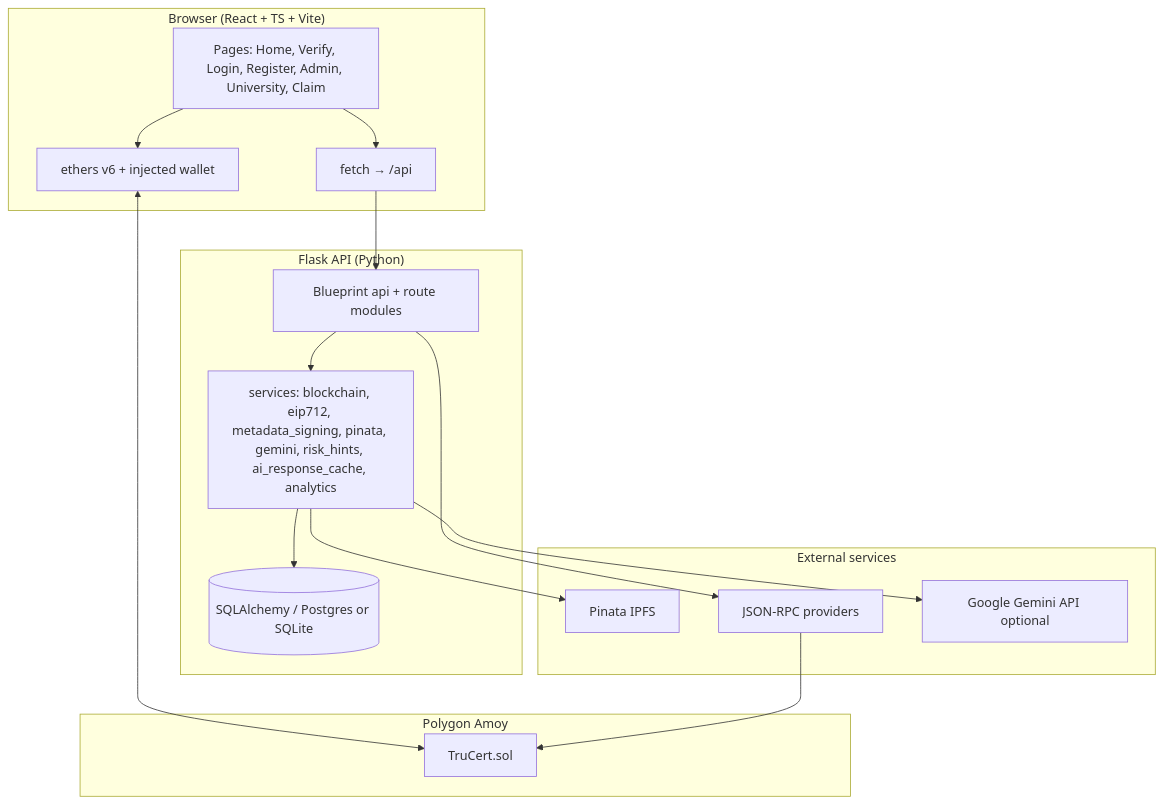
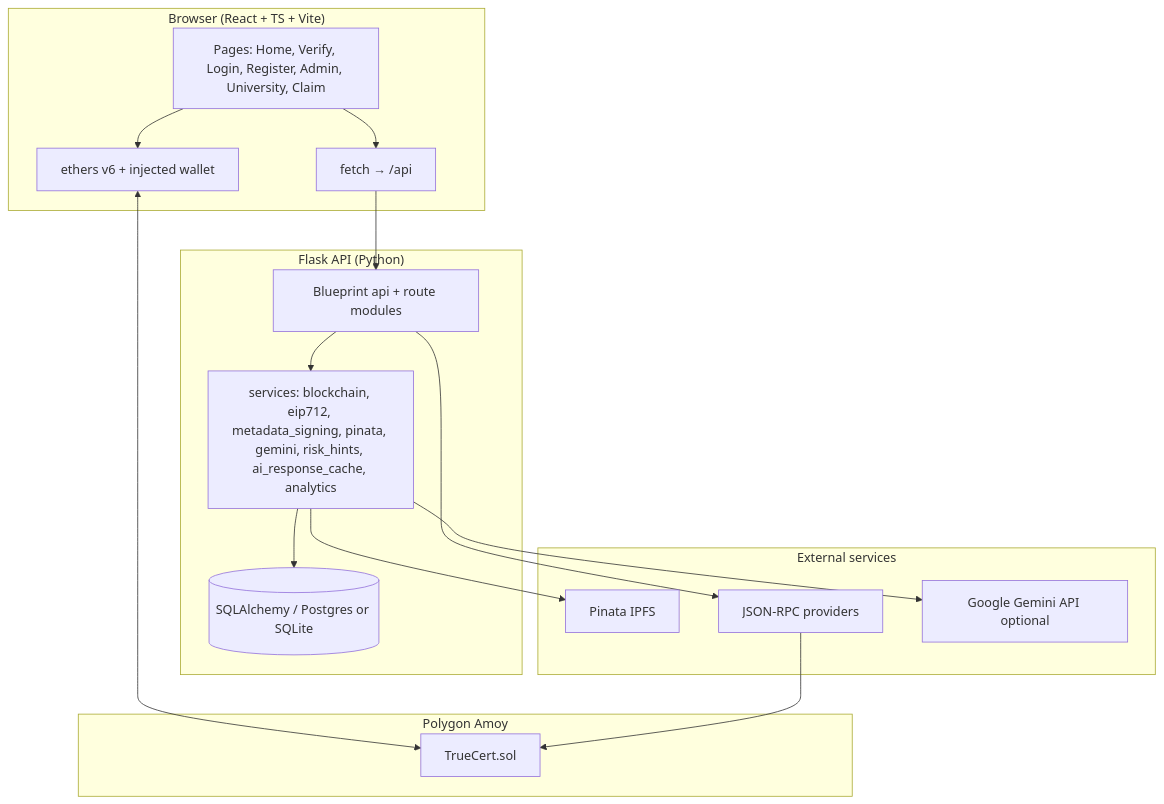
Before and after one commit to Grushfav/blockchain_ai_cert: the first of 2 diagrams in docs/COMP3901_FINAL_REPORT.md, drawn with Mermaid. The commit also changed other lines of this file and 62 other files, not shown here.

````diff
--- a/docs/COMP3901_FINAL_REPORT.md
+++ b/docs/COMP3901_FINAL_REPORT.md
@@ -100,31 +100,31 @@
 ```mermaid
 flowchart TB
   subgraph Browser["Browser (React + TS + Vite)"]
     UI[Pages: Home, Verify, Login, Register, Admin, University, Claim]
     ETH[ethers v6 + injected wallet]
     API_CLIENT[fetch → /api]
   end
   subgraph Flask["Flask API (Python)"]
     BP[Blueprint api + route modules]
     SVC[services: blockchain, eip712, metadata_signing, pinata, gemini, risk_hints, ai_response_cache, analytics]
     ORM[(SQLAlchemy / Postgres or SQLite)]
   end
   subgraph Chain["Polygon Amoy"]
-    SC[TruCert.sol]
+    SC[TrueCert.sol]
   end
   subgraph External["External services"]
     PIN[Pinata IPFS]
     RPC[JSON-RPC providers]
     GEM[Google Gemini API optional]
   end
   UI --> API_CLIENT
   API_CLIENT --> BP
   BP --> SVC
   SVC --> ORM
   ETH <--> SC
   UI --> ETH
   BP --> RPC
   RPC --> SC
   SVC --> PIN
   SVC --> GEM
 ```
````
